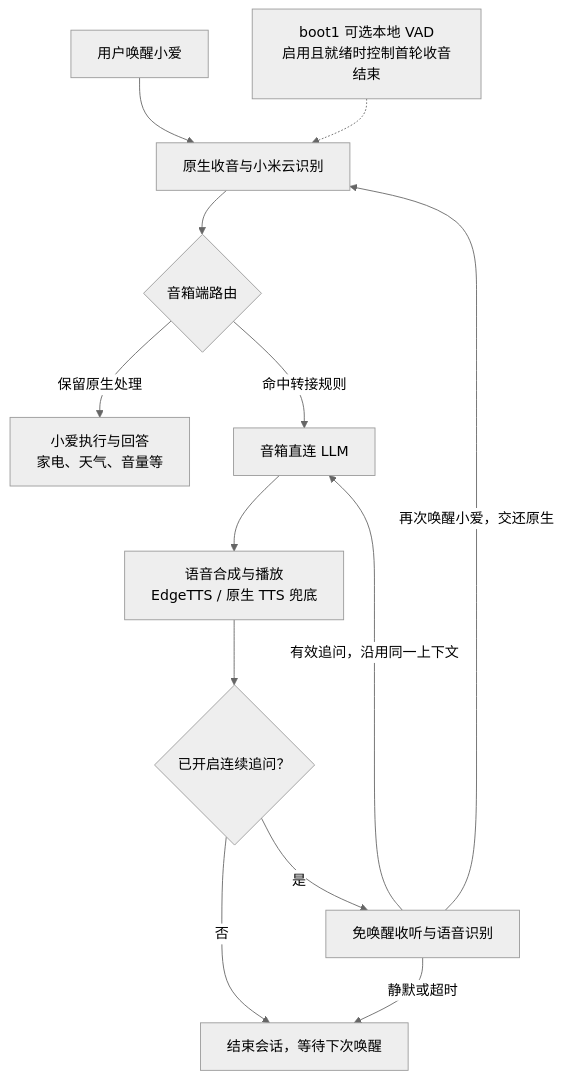
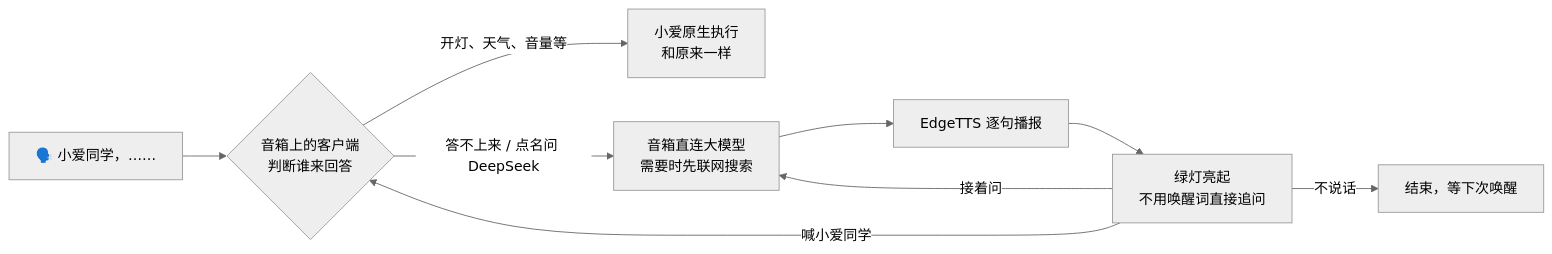
One commit to open-speaker-llm/xiaomi_ai_llm changed the diagram in README.md. Above: the diagram before and after it, drawn with Mermaid (neutral theme). The commit also changed other lines of this file and 1 other file, not shown here.

Commit message:
docs: 用面向使用者的简图替换工作原理流程图
中英文首页改为同一条对话路径；细的 boot1 流程仍留在 native-first 文档里。

````diff
--- a/README.md
+++ b/README.md
@@ -85,15 +85,11 @@
 ```mermaid
-flowchart TD
-    wake["用户唤醒小爱"] --> speech["原生收音与小米云识别"]
-    vad["boot1 可选本地 VAD<br/>启用且就绪时控制首轮收音结束"] -.-> speech
-    speech --> route{"音箱端路由"}
-    route -->|保留原生处理| native["小爱执行与回答<br/>家电、天气、音量等"]
-    route -->|命中转接规则| llm["音箱直连 LLM"]
-    llm --> tts["语音合成与播放<br/>EdgeTTS / 原生 TTS 兜底"]
-    tts --> followup{"已开启连续追问？"}
-    followup -->|是| listen["免唤醒收听与语音识别"]
-    followup -->|否| idle["结束会话，等待下次唤醒"]
-    listen -->|有效追问，沿用同一上下文| llm
-    listen -->|静默或超时| idle
-    listen -->|再次唤醒小爱，交还原生| speech
+flowchart LR
+    A["🗣️ 小爱同学，……"] --> B{"音箱上的客户端<br/>判断谁来回答"}
+    B -->|开灯、天气、音量等| C["小爱原生执行<br/>和原来一样"]
+    B -->|答不上来 / 点名问 DeepSeek| D["音箱直连大模型<br/>需要时先联网搜索"]
+    D --> E["EdgeTTS 逐句播报"]
+    E --> F["绿灯亮起<br/>不用唤醒词直接追问"]
+    F -->|接着问| D
+    F -->|喊小爱同学| B
+    F -->|不说话| G["结束，等下次唤醒"]
 ```
````
